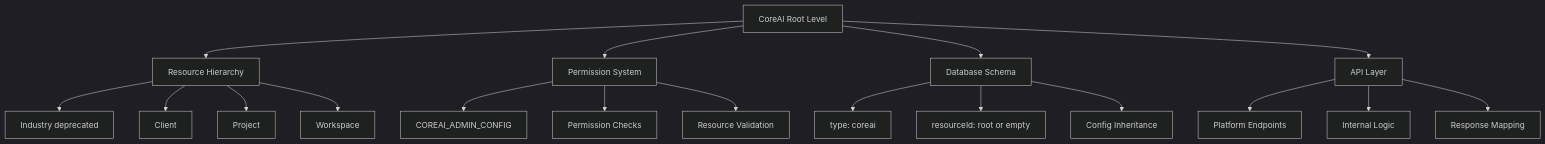
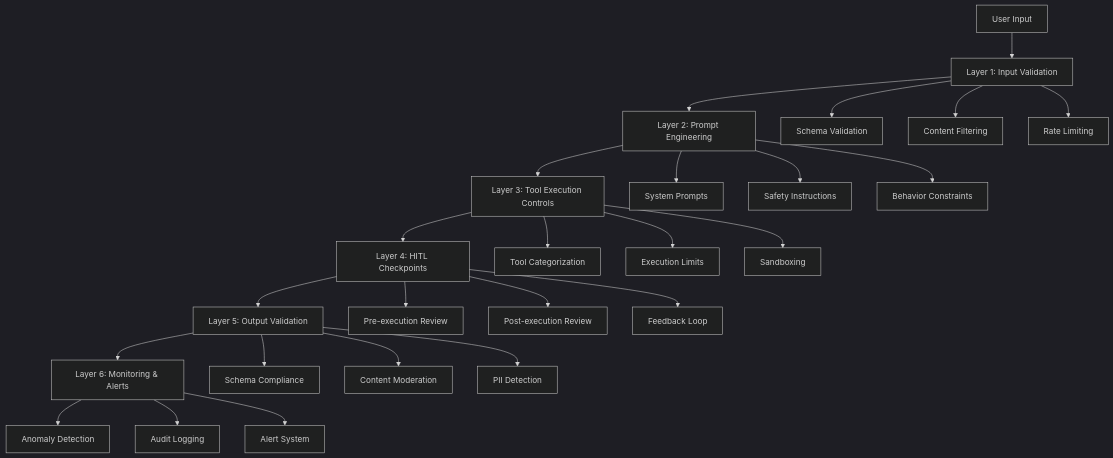
The diagram in README.md (lkiitkgp/new-repo), drawn with Mermaid (dark theme) before and after one commit. The commit also changed other lines of this file, not shown here.

````diff
--- a/README.md
+++ b/README.md
@@ -579,24 +180,33 @@
 ```mermaid
-graph TD
-    A[CoreAI Root Level] --> B[Resource Hierarchy]
-    A --> C[Permission System]
-    A --> D[Database Schema]
-    A --> E[API Layer]
+graph TB
+    A[User Input] --> B[Layer 1: Input Validation]
+    B --> C[Layer 2: Prompt Engineering]
+    C --> D[Layer 3: Tool Execution Controls]
+    D --> E[Layer 4: HITL Checkpoints]
+    E --> F[Layer 5: Output Validation]
+    F --> G[Layer 6: Monitoring & Alerts]
     
-    B --> B1[Industry deprecated]
-    B --> B2[Client]
-    B --> B3[Project]
-    B --> B4[Workspace]
+    B --> B1[Schema Validation]
+    B --> B2[Content Filtering]
+    B --> B3[Rate Limiting]
     
-    C --> C1[COREAI_ADMIN_CONFIG]
-    C --> C2[Permission Checks]
-    C --> C3[Resource Validation]
+    C --> C1[System Prompts]
+    C --> C2[Safety Instructions]
+    C --> C3[Behavior Constraints]
     
-    D --> D1[type: coreai]
-    D --> D2[resourceId: root or empty]
-    D --> D3[Config Inheritance]
+    D --> D1[Tool Categorization]
+    D --> D2[Execution Limits]
+    D --> D3[Sandboxing]
     
-    E --> E1[Platform Endpoints]
-    E --> E2[Internal Logic]
-    E --> E3[Response Mapping]
+    E --> E1[Pre-execution Review]
+    E --> E2[Post-execution Review]
+    E --> E3[Feedback Loop]
+    
+    F --> F1[Schema Compliance]
+    F --> F2[Content Moderation]
+    F --> F3[PII Detection]
+    
+    G --> G1[Anomaly Detection]
+    G --> G2[Audit Logging]
+    G --> G3[Alert System]
 ```
````
